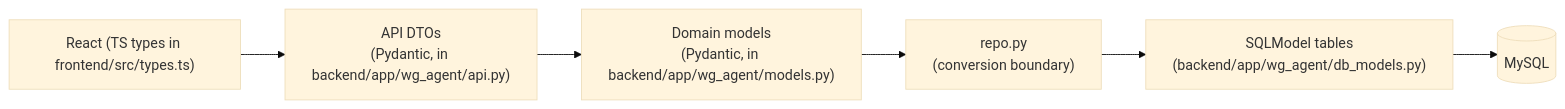
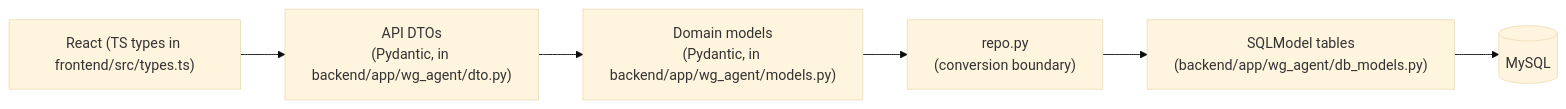
The second of 3 diagrams in docs/DATA_MODEL.md (v-ya-ch-e/tumai-makeathon-2026), drawn with Mermaid (base theme) before and after one commit. The commit also changed other lines of this file and 30 other files, not shown here.

````diff
--- a/docs/DATA_MODEL.md
+++ b/docs/DATA_MODEL.md
@@ -200,8 +168,8 @@
 ```mermaid
 flowchart LR
-  UI["React (TS types in frontend/src/types.ts)"] --> DTO["API DTOs<br/>(Pydantic, in backend/app/wg_agent/api.py)"]
+  UI["React (TS types in frontend/src/types.ts)"] --> DTO["API DTOs<br/>(Pydantic, in backend/app/wg_agent/dto.py)"]
   DTO --> Domain["Domain models<br/>(Pydantic, in backend/app/wg_agent/models.py)"]
   Domain --> Repo["repo.py<br/>(conversion boundary)"]
   Repo --> Tables["SQLModel tables<br/>(backend/app/wg_agent/db_models.py)"]
   Tables --> MySQL[("MySQL")]
 ```
````
